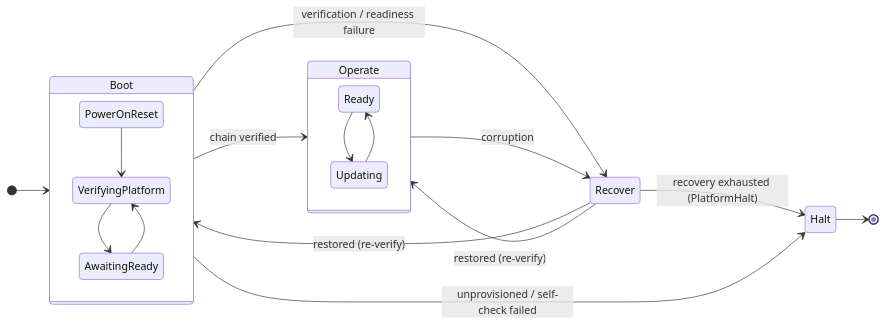
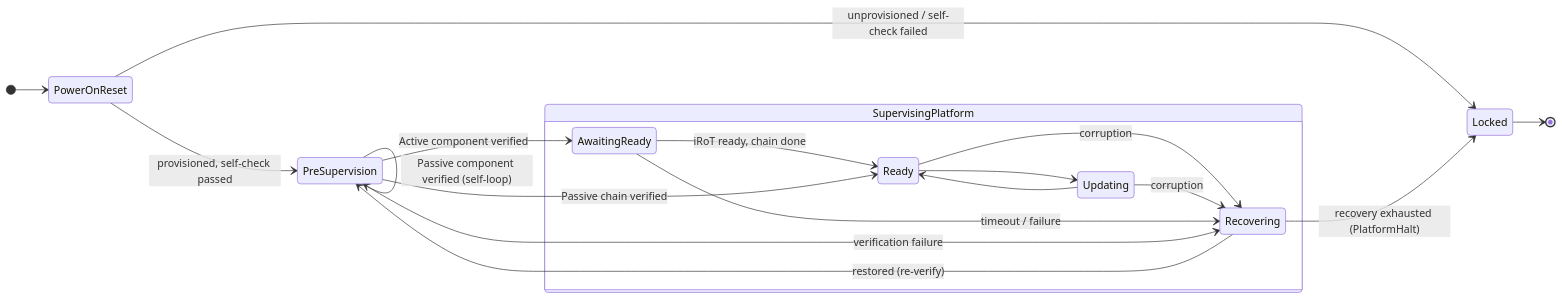
Before and after one commit to rusty1968/openprot: the diagram in docs/src/design/orchestrator/orchestrator-sm-walkthru.md, drawn with Mermaid. The commit also changed other lines of this file and 6 other files, not shown here.

````diff
--- a/docs/src/design/orchestrator/orchestrator-sm-walkthru.md
+++ b/docs/src/design/orchestrator/orchestrator-sm-walkthru.md
@@ -28,22 +29,22 @@
 ```mermaid
 stateDiagram-v2
     direction LR
-    [*] --> Boot
-    state Boot {
-        PowerOnReset --> VerifyingPlatform
-        VerifyingPlatform --> AwaitingReady
-        AwaitingReady --> VerifyingPlatform
-    }
-    Boot --> Operate : chain verified
-    state Operate {
+    [*] --> PowerOnReset
+    PowerOnReset --> PreSupervision : provisioned, self-check passed
+    PreSupervision --> PreSupervision : Passive component verified (self-loop)
+    state SupervisingPlatform {
+        AwaitingReady --> Ready : iRoT ready, chain done
         Ready --> Updating
         Updating --> Ready
+        Ready --> Recovering : corruption
+        Updating --> Recovering : corruption
+        AwaitingReady --> Recovering : timeout / failure
     }
-    Boot --> Recover : verification / readiness failure
-    Operate --> Recover : corruption
-    Recover --> Boot : restored (re-verify)
-    Recover --> Operate : restored (re-verify)
-    Boot --> Halt : unprovisioned / self-check failed
-    Recover --> Halt : recovery exhausted (PlatformHalt)
-    Halt --> [*]
+    PowerOnReset --> Locked : unprovisioned / self-check failed
+    PreSupervision --> AwaitingReady : Active component verified
+    PreSupervision --> Ready : Passive chain verified
+    PreSupervision --> Recovering : verification failure
+    Recovering --> PreSupervision : restored (re-verify)
+    Recovering --> Locked : recovery exhausted (PlatformHalt)
+    Locked --> [*]
 ```
````
